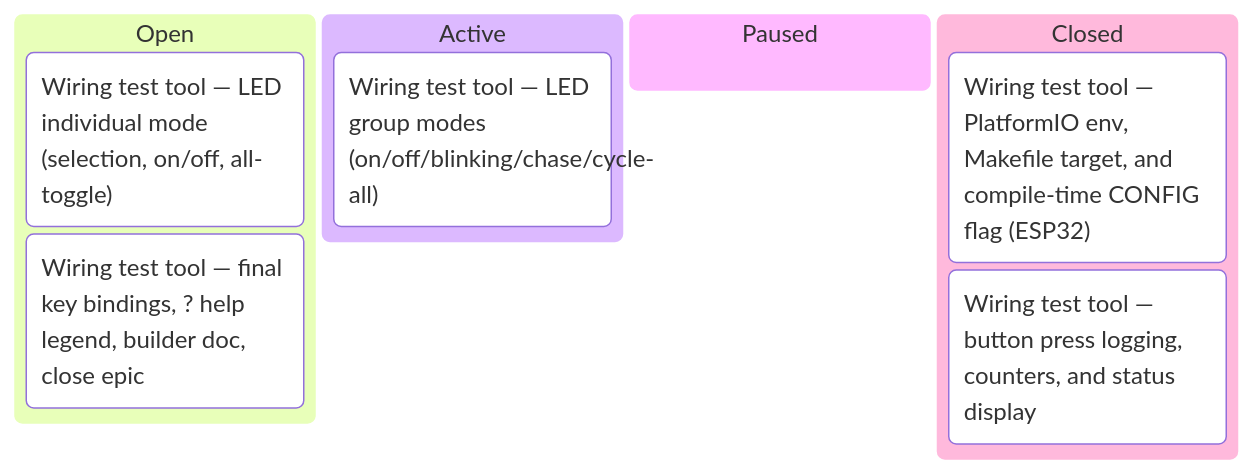
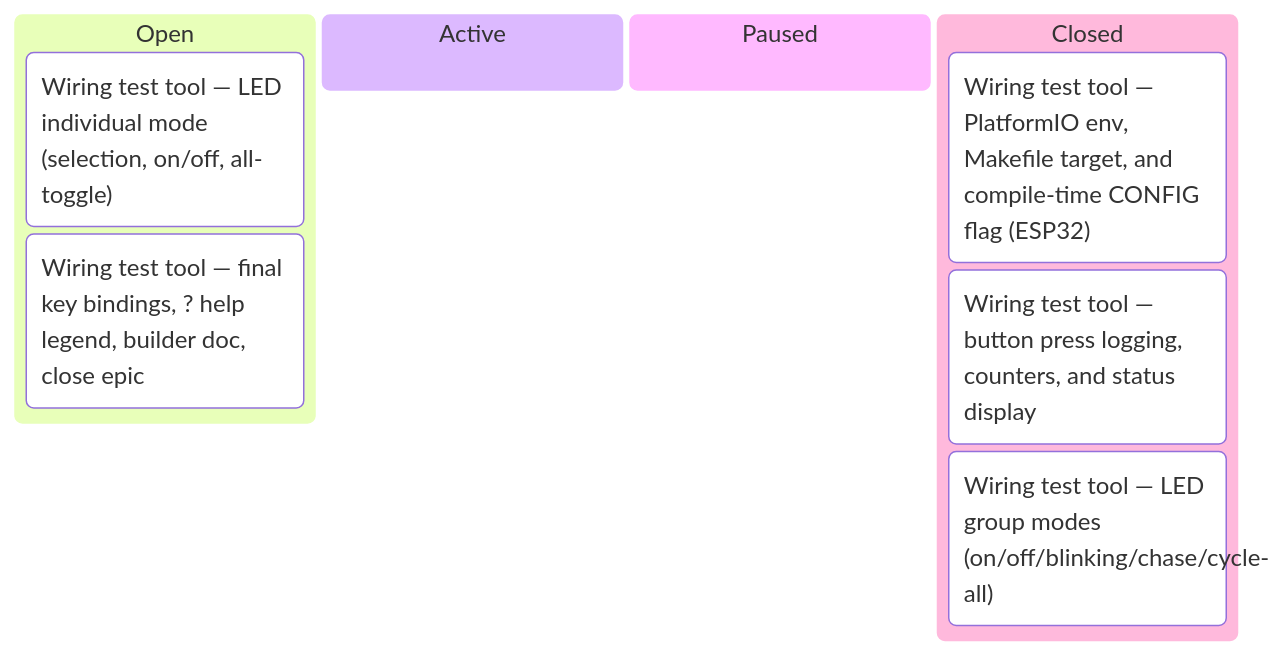
One commit to tgd1975/AwesomeGuitarPedal changed the seventh of 8 diagrams in docs/developers/tasks/KANBAN.md. Above: the diagram before and after it, drawn with Mermaid. The commit also changed other lines of this file and 3 other files, not shown here.

First line of the commit message:
close TASK-385: Wiring test tool — LED group modes (on/off/blinking/chase/cycle-all)

````diff
--- a/docs/developers/tasks/KANBAN.md
+++ b/docs/developers/tasks/KANBAN.md
@@ -102,12 +102,12 @@
 ```mermaid
 kanban
   Open
     TASK_386["Wiring test tool — LED individual mode (selection, on/off, all-toggle)"]
     TASK_387["Wiring test tool — final key bindings, ? help legend, builder doc, close epic"]
   Active
-    TASK_385["Wiring test tool — LED group modes (on/off/blinking/chase/cycle-all)"]
   Paused
   Closed
     TASK_383["Wiring test tool — PlatformIO env, Makefile target, and compile-time CONFIG flag (ESP32)"]
     TASK_384["Wiring test tool — button press logging, counters, and status display"]
+    TASK_385["Wiring test tool — LED group modes (on/off/blinking/chase/cycle-all)"]
 ```
````
